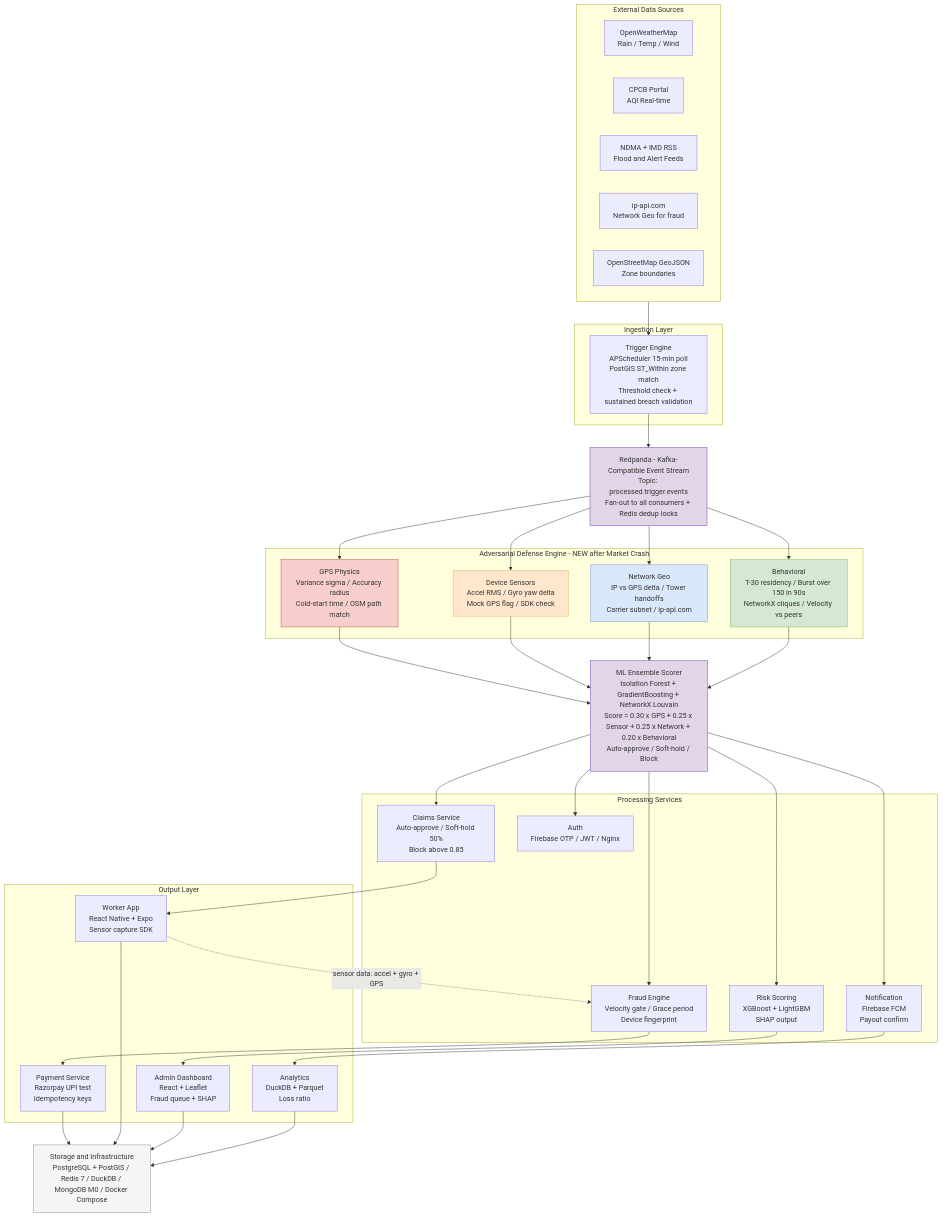
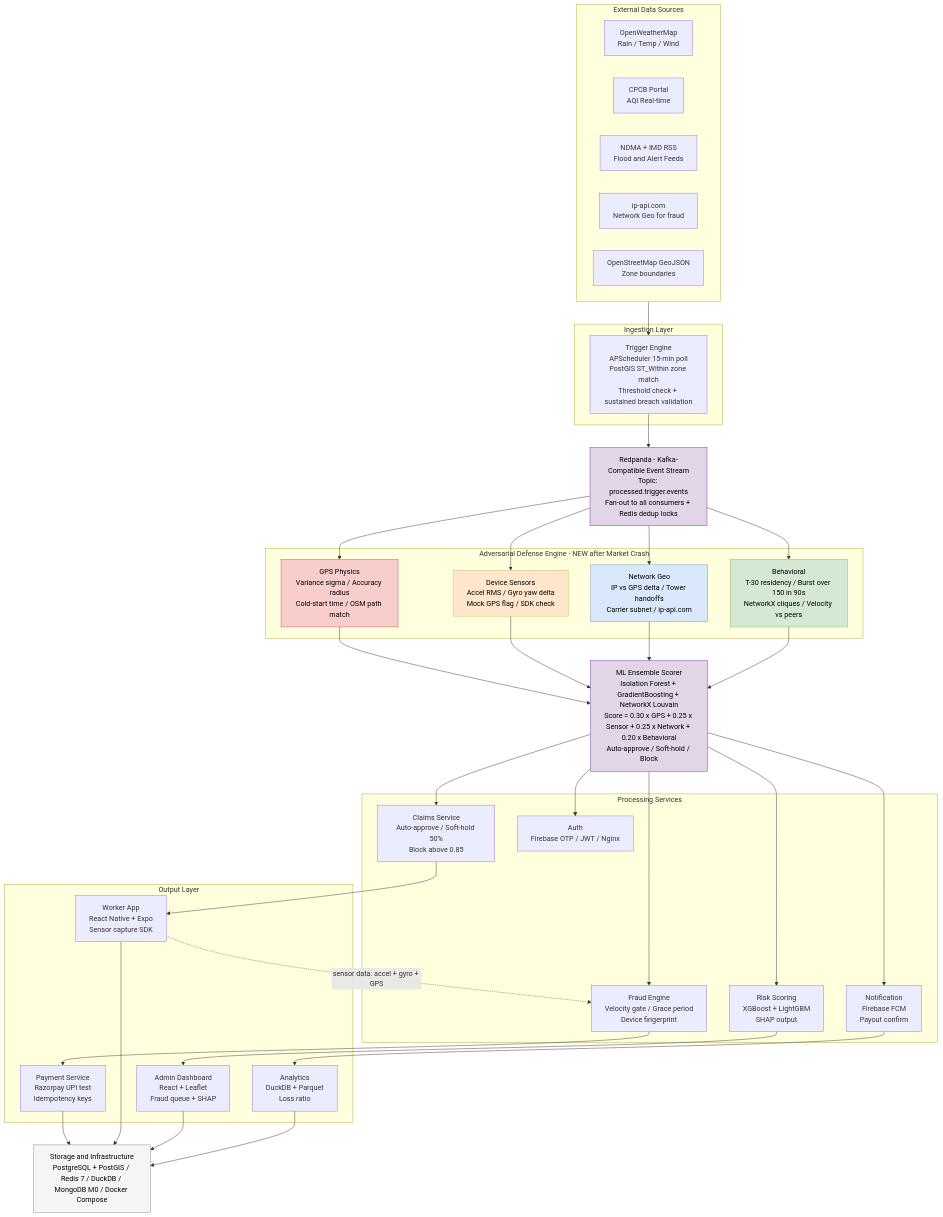
The second of 2 diagrams in README.md (Dhruvvv-26/GigShield-Parametric-Income-Protection), drawn with Mermaid before and after one commit. The commit also changed other lines of this file, not shown here.

Commit message:
Fix Mermaid text colors for dark mode visibility

````diff
--- a/README.md
+++ b/README.md
@@ -412,82 +412,82 @@
 ```mermaid
 flowchart TD
     subgraph EXT [External Data Sources]
         OWM["OpenWeatherMap\nRain / Temp / Wind"]
         CPCB["CPCB Portal\nAQI Real-time"]
         NDMA["NDMA + IMD RSS\nFlood and Alert Feeds"]
         IPAPI["ip-api.com\nNetwork Geo for fraud"]
         OSM["OpenStreetMap GeoJSON\nZone boundaries"]
     end
 
     subgraph ING [Ingestion Layer]
         TRIGGER["Trigger Engine\nAPScheduler 15-min poll\nPostGIS ST_Within zone match\nThreshold check + sustained breach validation"]
     end
 
     EXT --> TRIGGER
 
     REDPANDA["Redpanda - Kafka-Compatible Event Stream\nTopic: processed.trigger.events\nFan-out to all consumers + Redis dedup locks"]
 
     TRIGGER --> REDPANDA
 
     subgraph DEFENSE [Adversarial Defense Engine - NEW after Market Crash]
         GPS["GPS Physics\nVariance sigma / Accuracy radius\nCold-start time / OSM path match"]
         SENSOR["Device Sensors\nAccel RMS / Gyro yaw delta\nMock GPS flag / SDK check"]
         NETGEO["Network Geo\nIP vs GPS delta / Tower handoffs\nCarrier subnet / ip-api.com"]
         BEHAV["Behavioral\nT-30 residency / Burst over 150 in 90s\nNetworkX cliques / Velocity vs peers"]
     end
 
     REDPANDA --> GPS
     REDPANDA --> SENSOR
     REDPANDA --> NETGEO
     REDPANDA --> BEHAV
 
     MLSCORER["ML Ensemble Scorer\nIsolation Forest + GradientBoosting + NetworkX Louvain\nScore = 0.30 x GPS + 0.25 x Sensor + 0.25 x Network + 0.20 x Behavioral\nAuto-approve / Soft-hold / Block"]
 
     GPS --> MLSCORER
     SENSOR --> MLSCORER
     NETGEO --> MLSCORER
     BEHAV --> MLSCORER
 
     subgraph PROC [Processing Services]
         FRAUDENG["Fraud Engine\nVelocity gate / Grace period\nDevice fingerprint"]
         CLAIMS["Claims Service\nAuto-approve / Soft-hold 50%\nBlock above 0.85"]
         RISK["Risk Scoring\nXGBoost + LightGBM\nSHAP output"]
         NOTIF["Notification\nFirebase FCM\nPayout confirm"]
         AUTH["Auth\nFirebase OTP / JWT / Nginx"]
     end
 
     MLSCORER --> FRAUDENG
     MLSCORER --> CLAIMS
     MLSCORER --> RISK
     MLSCORER --> NOTIF
     MLSCORER --> AUTH
 
     subgraph OUTPUT [Output Layer]
         PAYMENT["Payment Service\nRazorpay UPI test\nIdempotency keys"]
         WORKERAPP["Worker App\nReact Native + Expo\nSensor capture SDK"]
         ADMINDASH["Admin Dashboard\nReact + Leaflet\nFraud queue + SHAP"]
         ANALYTICS["Analytics\nDuckDB + Parquet\nLoss ratio"]
     end
 
     FRAUDENG --> PAYMENT
     CLAIMS --> WORKERAPP
     RISK --> ADMINDASH
     NOTIF --> ANALYTICS
 
     WORKERAPP -. "sensor data: accel + gyro + GPS" .-> FRAUDENG
 
     STORAGE["Storage and Infrastructure\nPostgreSQL + PostGIS / Redis 7 / DuckDB / MongoDB M0 / Docker Compose"]
 
     PAYMENT --> STORAGE
     WORKERAPP --> STORAGE
     ADMINDASH --> STORAGE
     ANALYTICS --> STORAGE
 
-    style REDPANDA fill:#e1d5e7,stroke:#6d3ab5
-    style MLSCORER fill:#e1d5e7,stroke:#6d3ab5
-    style GPS fill:#f8cecc,stroke:#b85450
-    style SENSOR fill:#ffe6cc,stroke:#d6b656
-    style NETGEO fill:#dae8fc,stroke:#6c8ebf
-    style BEHAV fill:#d5e8d4,stroke:#82b366
-    style STORAGE fill:#f5f5f5,stroke:#888780
+    style REDPANDA fill:#e1d5e7,stroke:#6d3ab5,color:#000000
+    style MLSCORER fill:#e1d5e7,stroke:#6d3ab5,color:#000000
+    style GPS fill:#f8cecc,stroke:#b85450,color:#000000
+    style SENSOR fill:#ffe6cc,stroke:#d6b656,color:#000000
+    style NETGEO fill:#dae8fc,stroke:#6c8ebf,color:#000000
+    style BEHAV fill:#d5e8d4,stroke:#82b366,color:#000000
+    style STORAGE fill:#f5f5f5,stroke:#888780,color:#000000
 ```
````
